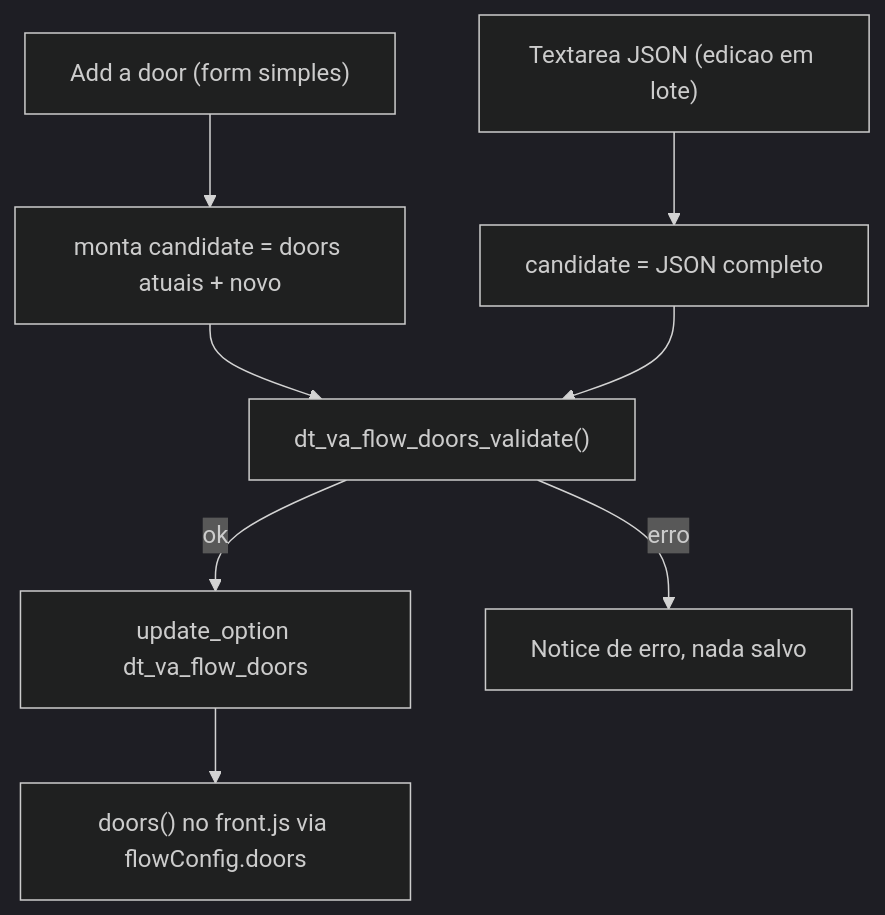
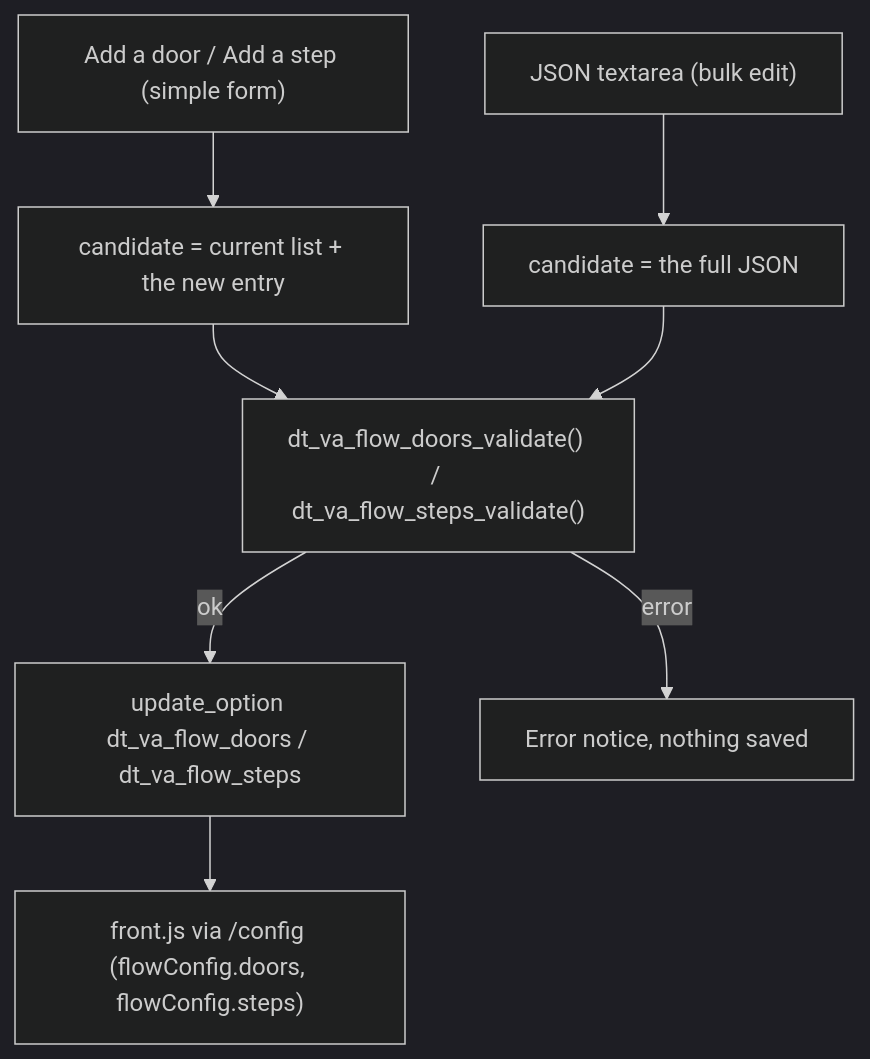
Before and after one commit to henriqpohl/dovetail-studio: the second of 3 diagrams in modules/virtual-assistant/docs/admin-config-flow.md, drawn with Mermaid (dark theme). The commit also changed other lines of this file and 139 other files, not shown here.

````diff
--- a/modules/virtual-assistant/docs/admin-config-flow.md
+++ b/modules/virtual-assistant/docs/admin-config-flow.md
@@ -16,10 +16,10 @@
 ```mermaid
 flowchart TD
-    D1["Add a door (form simples)"] --> D2["monta candidate = doors atuais + novo"]
-    D3["Textarea JSON (edicao em lote)"] --> D2b["candidate = JSON completo"]
-    D2 --> D4["dt_va_flow_doors_validate()"]
+    D1["Add a door / Add a step (simple form)"] --> D2["candidate = current list + the new entry"]
+    D3["JSON textarea (bulk edit)"] --> D2b["candidate = the full JSON"]
+    D2 --> D4["dt_va_flow_doors_validate() / dt_va_flow_steps_validate()"]
     D2b --> D4
-    D4 -->|ok| D5["update_option dt_va_flow_doors"]
-    D4 -->|erro| D6["Notice de erro, nada salvo"]
-    D5 --> D7["doors() no front.js via flowConfig.doors"]
+    D4 -->|ok| D5["update_option dt_va_flow_doors / dt_va_flow_steps"]
+    D4 -->|error| D6["Error notice, nothing saved"]
+    D5 --> D7["front.js via /config (flowConfig.doors, flowConfig.steps)"]
 ```
````
